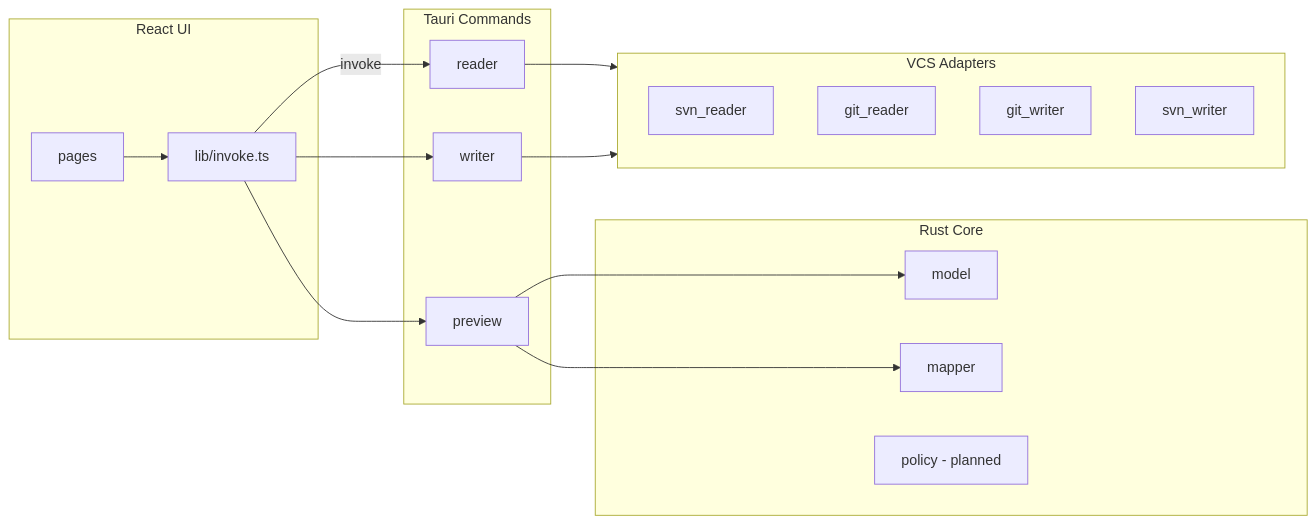
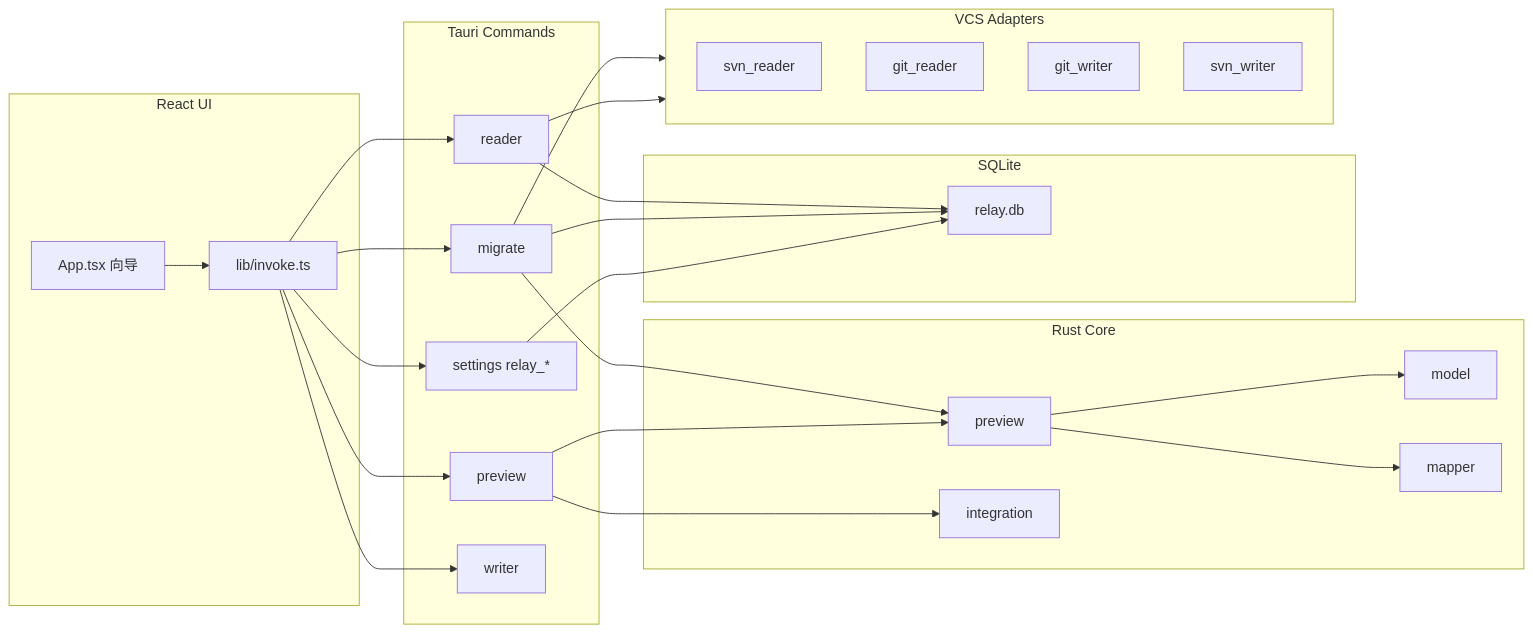
Before and after one commit to ginnsx/commit-replay: the diagram in README.md, drawn with Mermaid. The commit also changed other lines of this file, not shown here.

````diff
--- a/README.md
+++ b/README.md
@@ -221,35 +246,50 @@
 ```mermaid
 flowchart LR
     subgraph ui [React UI]
-        Pages[pages]
+        App[App.tsx 向导]
         Invoke[lib/invoke.ts]
     end
 
     subgraph tauri [Tauri Commands]
+        Settings[settings relay_*]
         Reader[reader]
         Preview[preview]
+        Migrate[migrate]
         Writer[writer]
     end
 
     subgraph core [Rust Core]
         Model[model]
         Mapper[mapper]
-        Policy[policy - planned]
+        PreviewSvc[preview]
+        Integration[integration]
+    end
+
+    subgraph store [SQLite]
+        DB[relay.db]
     end
 
     subgraph adapters [VCS Adapters]
         SvnR[svn_reader]
         GitR[git_reader]
         GitW[git_writer]
         SvnW[svn_writer]
     end
 
-    Pages --> Invoke
-    Invoke -->|invoke| Reader
+    App --> Invoke
+    Invoke --> Settings
+    Invoke --> Reader
     Invoke --> Preview
+    Invoke --> Migrate
     Invoke --> Writer
+    Settings --> DB
+    Migrate --> DB
     Reader --> adapters
-    Preview --> Model
-    Preview --> Mapper
-    Writer --> adapters
+    Reader --> DB
+    Preview --> PreviewSvc
+    Preview --> Integration
+    PreviewSvc --> Model
+    PreviewSvc --> Mapper
+    Migrate --> PreviewSvc
+    Migrate --> adapters
 ```
````
